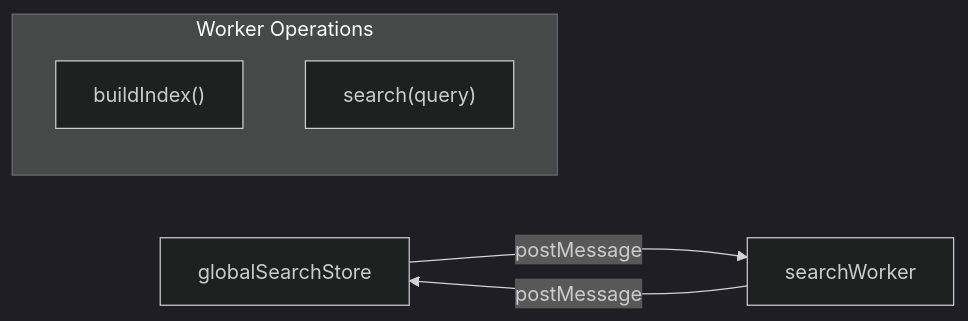
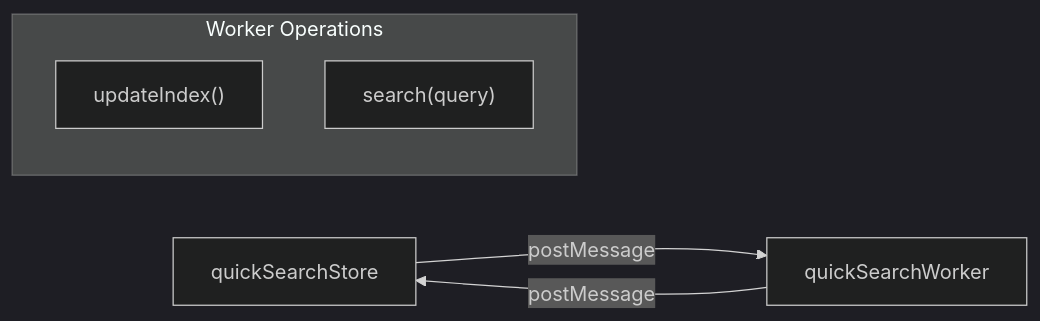
Before and after one commit to Map1en/vrcx-docs: the fourth of 4 diagrams in en/modules/search-system.md, drawn with Mermaid (dark theme). The commit also changed other lines of this file and 11 other files, not shown here.

Commit message:
update quick search

````diff
--- a/en/modules/search-system.md
+++ b/en/modules/search-system.md
@@ -85,10 +140,10 @@
 ```mermaid
 graph LR
-    Store["globalSearchStore"] -->|postMessage| Worker["searchWorker"]
+    Store["quickSearchStore"] -->|postMessage| Worker["quickSearchWorker"]
     Worker -->|postMessage| Store
 
     subgraph "Worker Operations"
-        Index["buildIndex()"]
+        Index["updateIndex()"]
         Search["search(query)"]
     end
 ```
````
